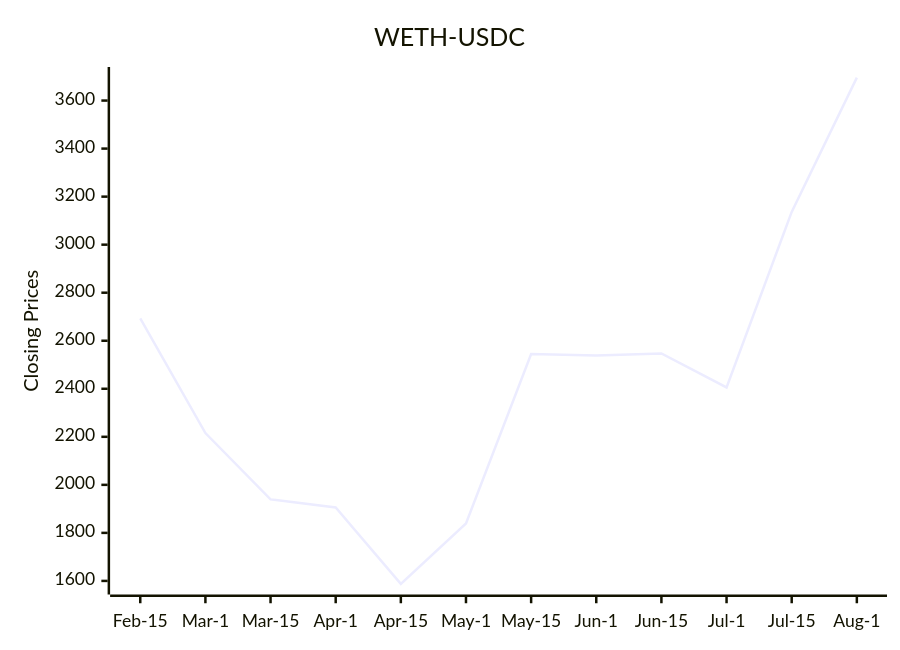
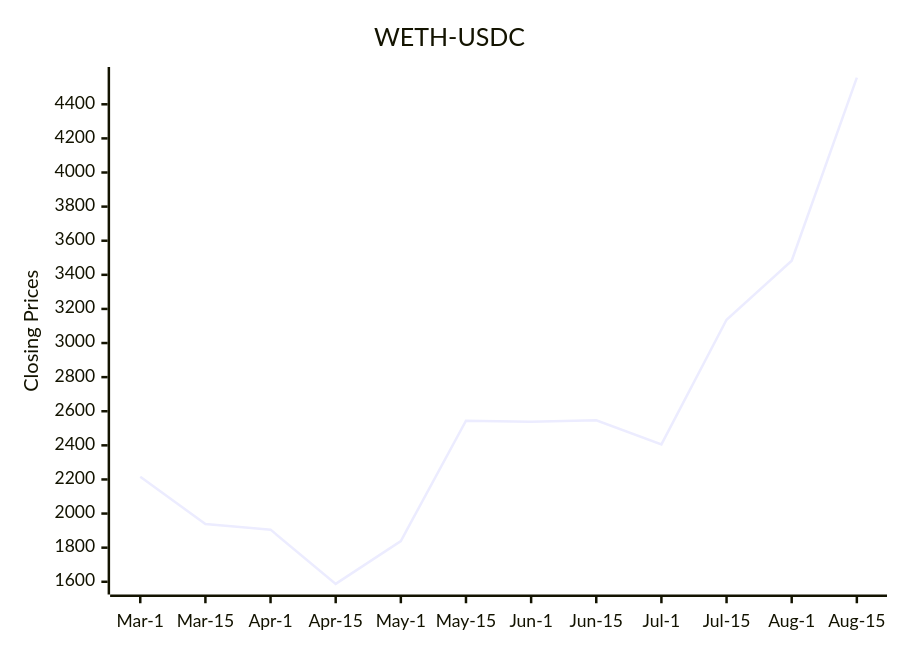
Before and after one commit to bicced/ReadmeCryptoPriceChart: the diagram in README.md, drawn with Mermaid.

Commit message:
Update README with latest DEX data

````diff
--- a/README.md
+++ b/README.md
@@ -6,7 +6,7 @@
 ```mermaid
 xychart-beta
   title "WETH-USDC"
-  x-axis [Feb-15,Mar-1,Mar-15,Apr-1,Apr-15,May-1,May-15,Jun-1,Jun-15,Jul-1,Jul-15,Aug-1]
-  y-axis "Closing Prices" 1587.66 --> 3695.50448596266
-  line [2693.01,2215.45,1939.29,1905.62,1587.66,1839.06,2544.38,2538.04,2547.02,2405.73,3136.3,3695.50448596266]
+  x-axis [Mar-1,Mar-15,Apr-1,Apr-15,May-1,May-15,Jun-1,Jun-15,Jul-1,Jul-15,Aug-1,Aug-15]
+  y-axis "Closing Prices" 1587.66 --> 4556.37313669095
+  line [2215.45,1939.29,1905.62,1587.66,1839.06,2544.38,2538.04,2547.02,2405.73,3136.3,3482.42836863059,4556.37313669095]
 ```
````
